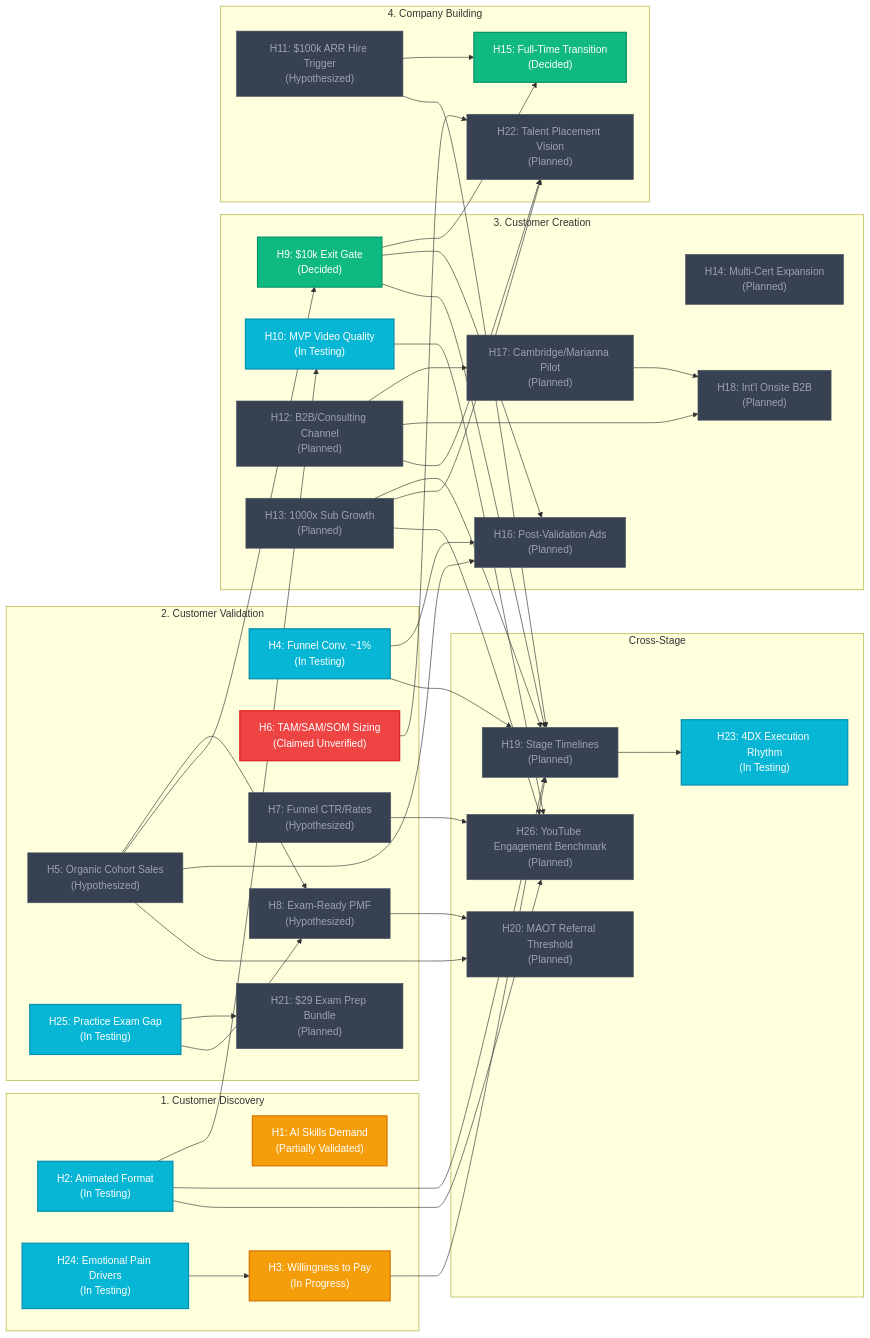
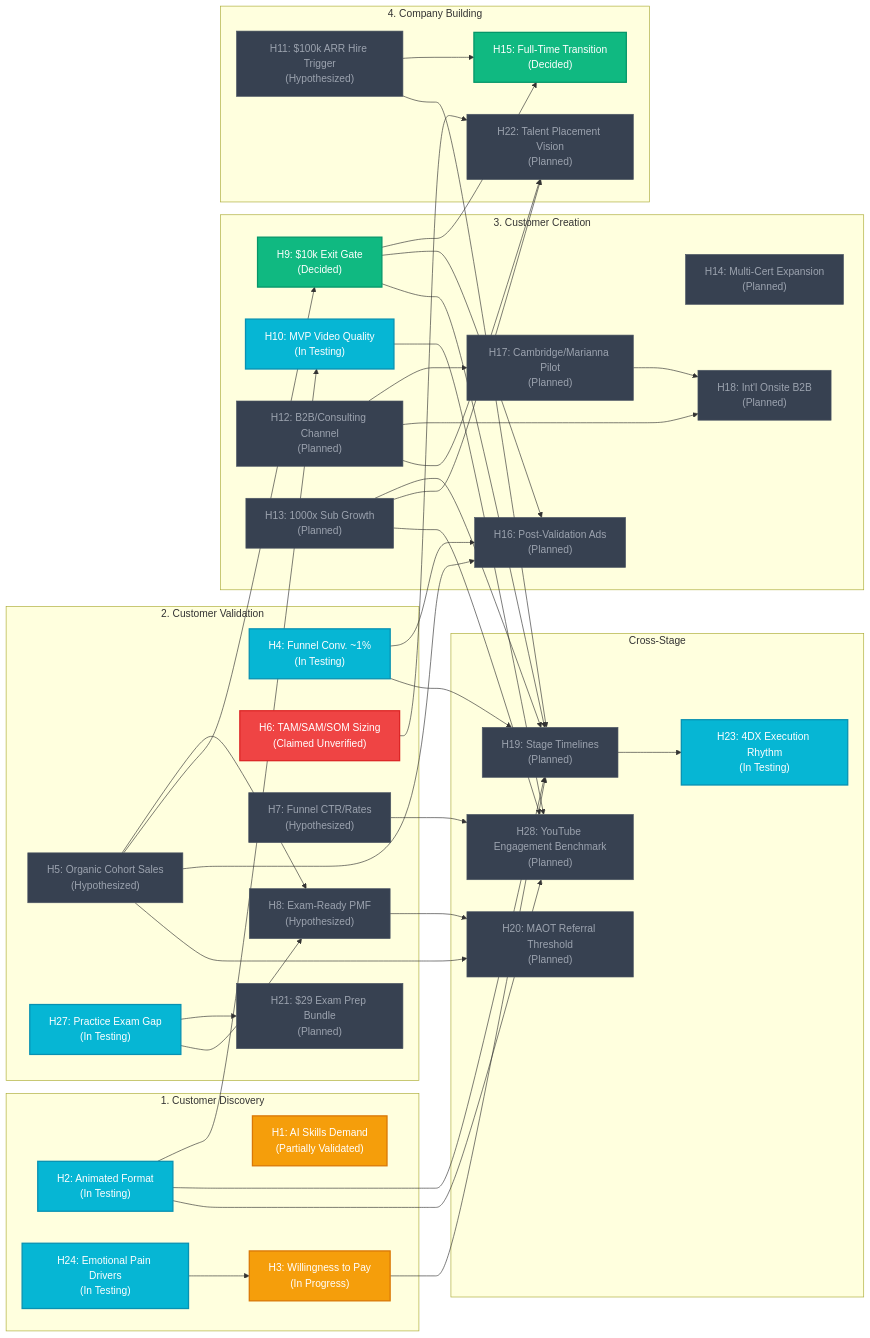
The diagram in HYPOTHESIS.md (rifaterdemsahin/AI-Certification-Customer-Development), drawn with Mermaid before and after one commit. The commit also changed other lines of this file and 8 other files, not shown here.

````diff
--- a/HYPOTHESIS.md
+++ b/HYPOTHESIS.md
@@ -9,82 +9,82 @@
 ```mermaid
 flowchart LR
     %% Styles
     classDef validated fill:#10b981,stroke:#059669,stroke-width:2px,color:#fff;
     classDef testing fill:#06b6d4,stroke:#0891b2,stroke-width:2px,color:#fff;
     classDef progress fill:#f59e0b,stroke:#d97706,stroke-width:2px,color:#fff;
     classDef unverified fill:#ef4444,stroke:#dc2626,stroke-width:2px,color:#fff;
     classDef planned fill:#374151,stroke:#4b5563,stroke-width:1px,color:#9ca3af;
 
     subgraph Discovery ["1. Customer Discovery"]
         H1["H1: AI Skills Demand<br>(Partially Validated)"]:::progress
         H2["H2: Animated Format<br>(In Testing)"]:::testing
         H3["H3: Willingness to Pay<br>(In Progress)"]:::progress
         H24["H24: Emotional Pain Drivers<br>(In Testing)"]:::testing
     end
 
     subgraph Validation ["2. Customer Validation"]
         H4["H4: Funnel Conv. ~1%<br>(In Testing)"]:::testing
         H5["H5: Organic Cohort Sales<br>(Hypothesized)"]:::planned
         H6["H6: TAM/SAM/SOM Sizing<br>(Claimed Unverified)"]:::unverified
         H7["H7: Funnel CTR/Rates<br>(Hypothesized)"]:::planned
         H8["H8: Exam-Ready PMF<br>(Hypothesized)"]:::planned
         H21["H21: $29 Exam Prep Bundle<br>(Planned)"]:::planned
-        H25["H25: Practice Exam Gap<br>(In Testing)"]:::testing
+        H27["H27: Practice Exam Gap<br>(In Testing)"]:::testing
     end
 
     subgraph Creation ["3. Customer Creation"]
         H9["H9: $10k Exit Gate<br>(Decided)"]:::validated
         H10["H10: MVP Video Quality<br>(In Testing)"]:::testing
         H12["H12: B2B/Consulting Channel<br>(Planned)"]:::planned
         H13["H13: 1000x Sub Growth<br>(Planned)"]:::planned
         H14["H14: Multi-Cert Expansion<br>(Planned)"]:::planned
         H16["H16: Post-Validation Ads<br>(Planned)"]:::planned
         H17["H17: Cambridge/Marianna Pilot<br>(Planned)"]:::planned
         H18["H18: Int'l Onsite B2B<br>(Planned)"]:::planned
     end
 
     subgraph Building ["4. Company Building"]
         H11["H11: $100k ARR Hire Trigger<br>(Hypothesized)"]:::planned
         H15["H15: Full-Time Transition<br>(Decided)"]:::validated
         H22["H22: Talent Placement Vision<br>(Planned)"]:::planned
     end
 
     subgraph CrossStage ["Cross-Stage"]
         H19["H19: Stage Timelines<br>(Planned)"]:::planned
         H20["H20: MAOT Referral Threshold<br>(Planned)"]:::planned
         H23["H23: 4DX Execution Rhythm<br>(In Testing)"]:::testing
-        H26["H26: YouTube Engagement Benchmark<br>(Planned)"]:::planned
+        H28["H28: YouTube Engagement Benchmark<br>(Planned)"]:::planned
     end
 
     %% Dependencies
     H2 --> H10
     H2 --> H19
     H3 --> H19
     H24 --> H3
     H4 --> H16
     H4 --> H19
     H5 --> H8
     H5 --> H9
     H5 --> H16
     H9 --> H15
     H9 --> H16
     H9 --> H19
     H11 --> H15
     H11 --> H19
     H12 --> H17
     H12 --> H18
     H13 --> H19
     H17 --> H18
     H5 --> H20
     H8 --> H20
     H12 --> H22
     H6 --> H22
     H13 --> H22
     H19 --> H23
-    H25 --> H21
-    H25 --> H8
-    H2 --> H26
-    H7 --> H26
-    H10 --> H26
-    H13 --> H26
+    H27 --> H21
+    H27 --> H8
+    H2 --> H28
+    H7 --> H28
+    H10 --> H28
+    H13 --> H28
 ```
````
